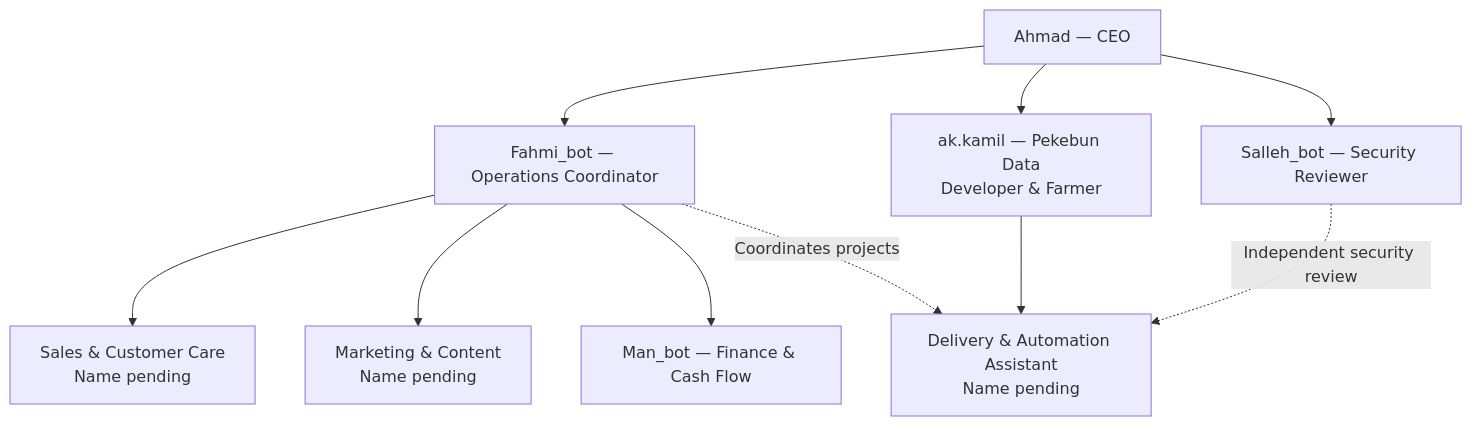
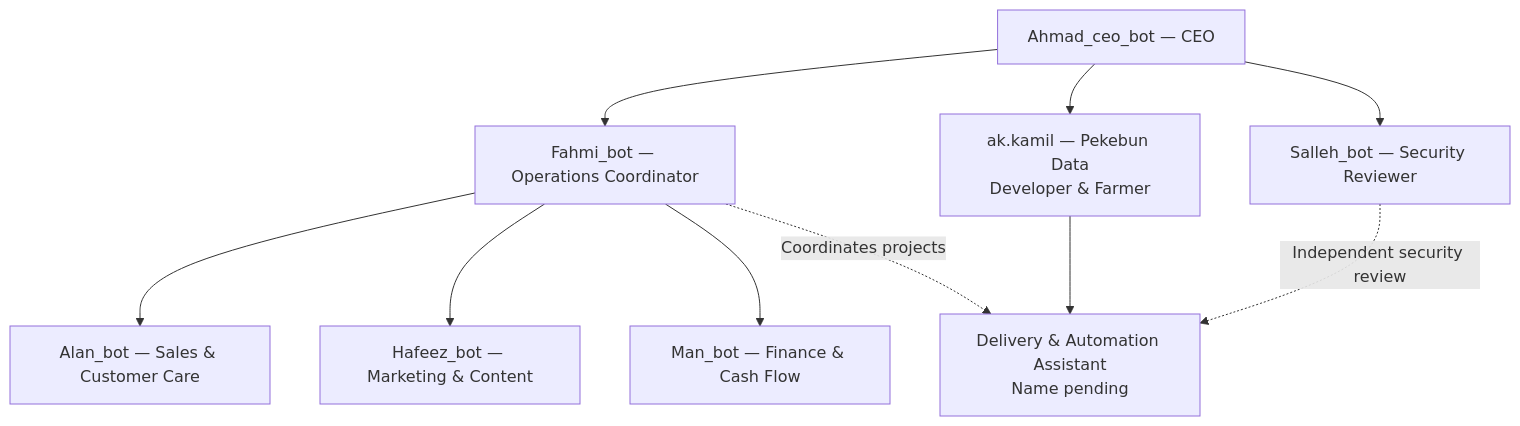
The diagram in docs/agent-organisation.md (kamil-io/agentic-ai-workspace), drawn with Mermaid before and after one commit. The commit also changed other lines of this file and 1 other file, not shown here.

Commit message:
docs: confirm CEO sales and marketing agent names

````diff
--- a/docs/agent-organisation.md
+++ b/docs/agent-organisation.md
@@ -7,13 +7,13 @@
 ```mermaid
 flowchart TD
-    CEO["Ahmad — CEO"]
+    CEO["Ahmad_ceo_bot — CEO"]
     CEO --> Ops["Fahmi_bot — Operations Coordinator"]
     CEO --> Kamil["ak.kamil — Pekebun Data<br/>Developer & Farmer"]
     CEO --> Security["Salleh_bot — Security Reviewer"]
-    Ops --> Sales["Sales & Customer Care<br/>Name pending"]
-    Ops --> Marketing["Marketing & Content<br/>Name pending"]
+    Ops --> Sales["Alan_bot — Sales & Customer Care"]
+    Ops --> Marketing["Hafeez_bot — Marketing & Content"]
     Ops --> Finance["Man_bot — Finance & Cash Flow"]
     Kamil --> Delivery["Delivery & Automation Assistant<br/>Name pending"]
     Ops -. "Coordinates projects" .-> Delivery
     Security -. "Independent security review" .-> Delivery
 ```
````
